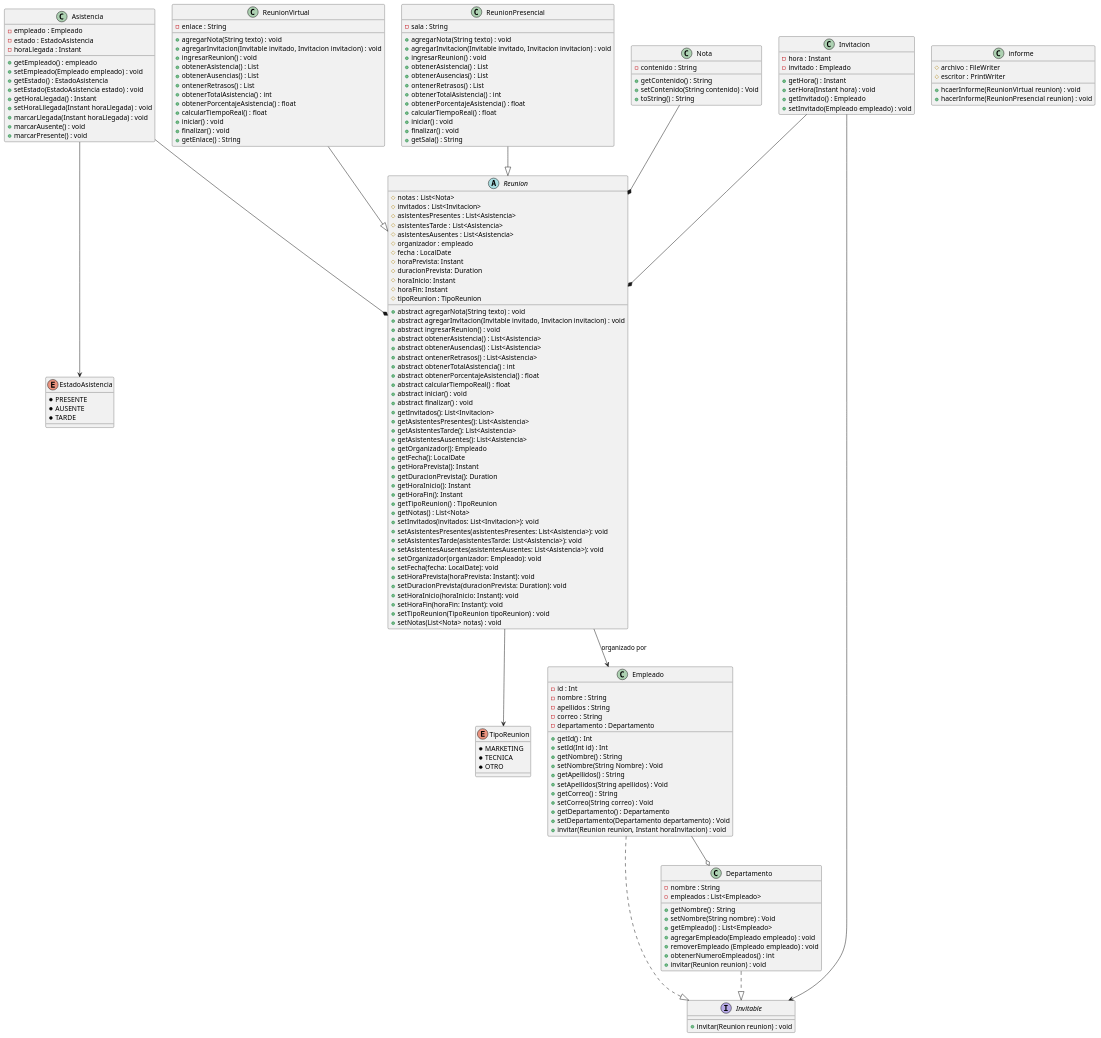
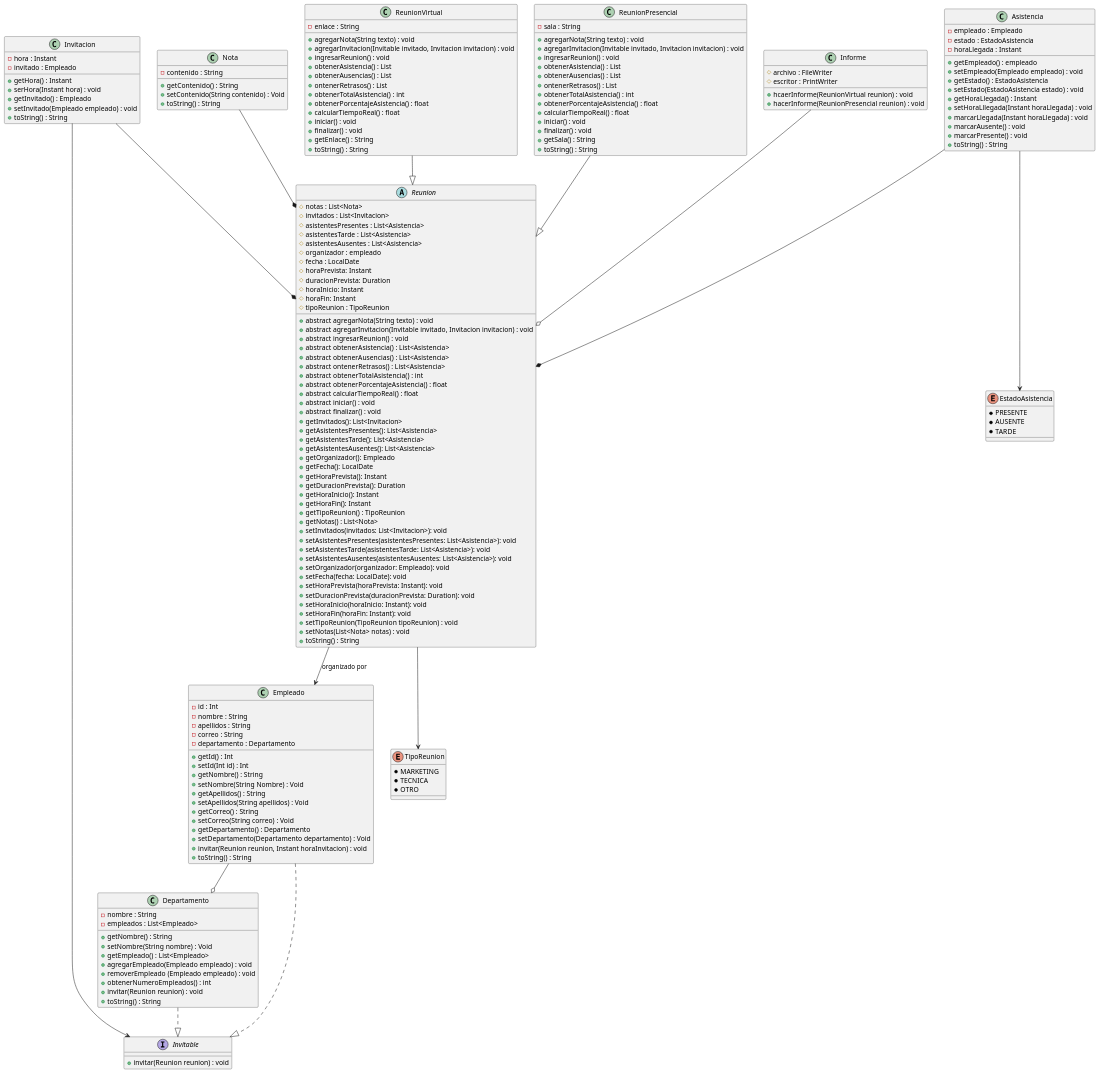
The diagram in Diagrama.puml (d-a-t-s/Tarea2), drawn with PlantUML before and after one commit. The commit also changed 58 other files, not shown here.

Commit message:
Updated UML, & javadoc, add metodo toString

```diff
--- a/Diagrama.puml
+++ b/Diagrama.puml
@@ -49,9 +49,10 @@
     + setHoraFin(horaFin: Instant): void
     + setTipoReunion(TipoReunion tipoReunion) : void
     + setNotas(List<Nota> notas) : void
+    +toString() : String
 }
 
-class informe {
+class Informe {
     # archivo : FileWriter
     # escritor : PrintWriter
 
@@ -87,6 +88,7 @@
   +serHora(Instant hora) : void
   +getInvitado() : Empleado
   +setInvitado(Empleado empleado) : void
+  +toString() : String
 }
 
 class Asistencia {
@@ -103,6 +105,7 @@
     + marcarLlegada(Instant horaLlegada) : void
     + marcarAusente() : void
     + marcarPresente() : void
+    +toString() : String
 }
 
 
@@ -126,6 +129,7 @@
     + iniciar() : void
     + finalizar() : void
     +getEnlace() : String
+    +toString() : String
 
 }
 
@@ -144,6 +148,7 @@
     + iniciar() : void
     + finalizar() : void
     + getSala() : String
+    +toString() : String
 }
 
 class Empleado {
@@ -164,7 +169,7 @@
     +getDepartamento() : Departamento
     +setDepartamento(Departamento departamento) : Void
     +invitar(Reunion reunion, Instant horaInvitacion) : void
-
+    +toString() : String
 
 }
 
@@ -179,6 +184,7 @@
     +removerEmpleado (Empleado empleado) : void
     +obtenerNumeroEmpleados() : int
     +invitar(Reunion reunion) : void
+    +toString() : String
 }
 
 Nota --* Reunion
@@ -193,5 +199,6 @@
 Empleado ..|> Invitable
 Departamento ..|> Invitable
 Asistencia --> EstadoAsistencia
+Informe --o Reunion
 
 @enduml
```
